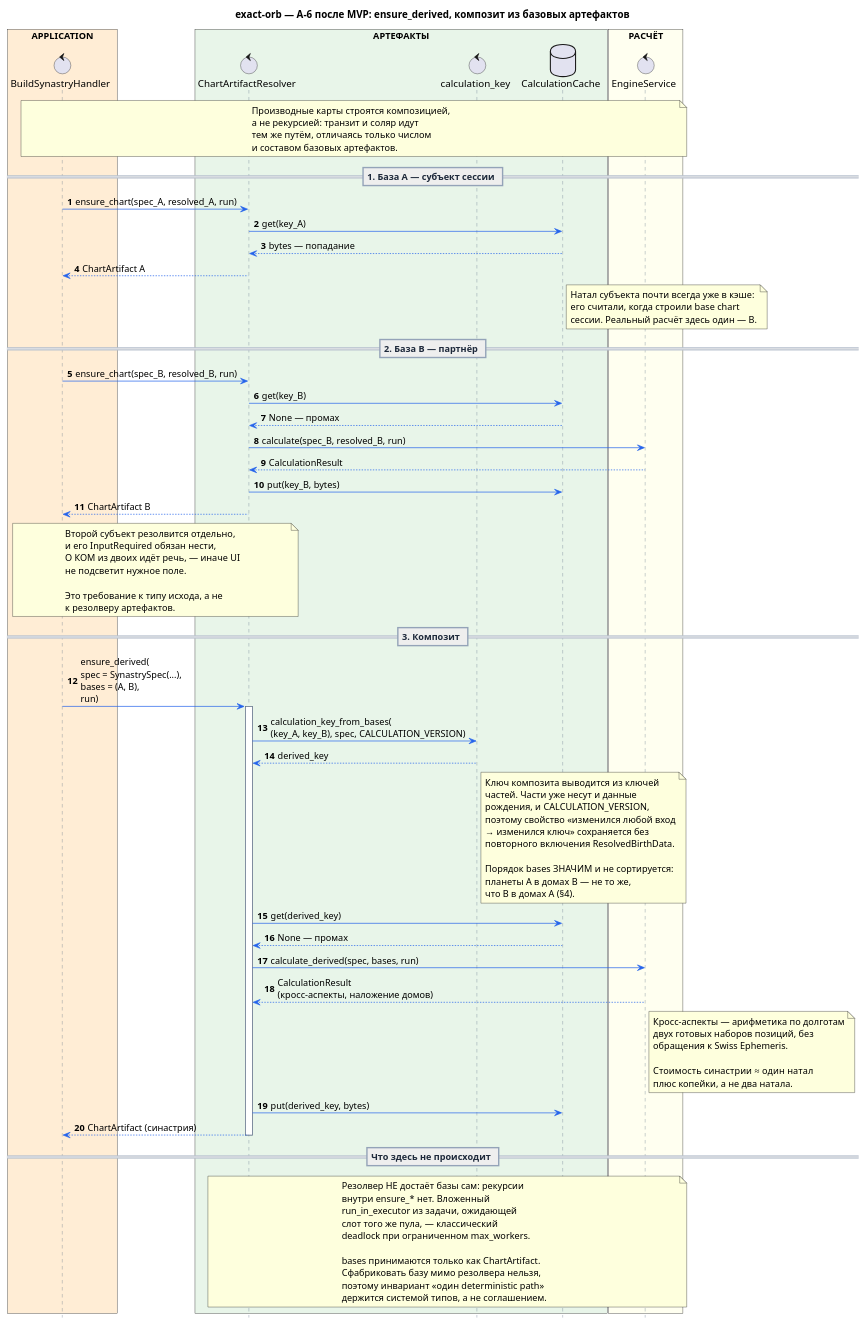
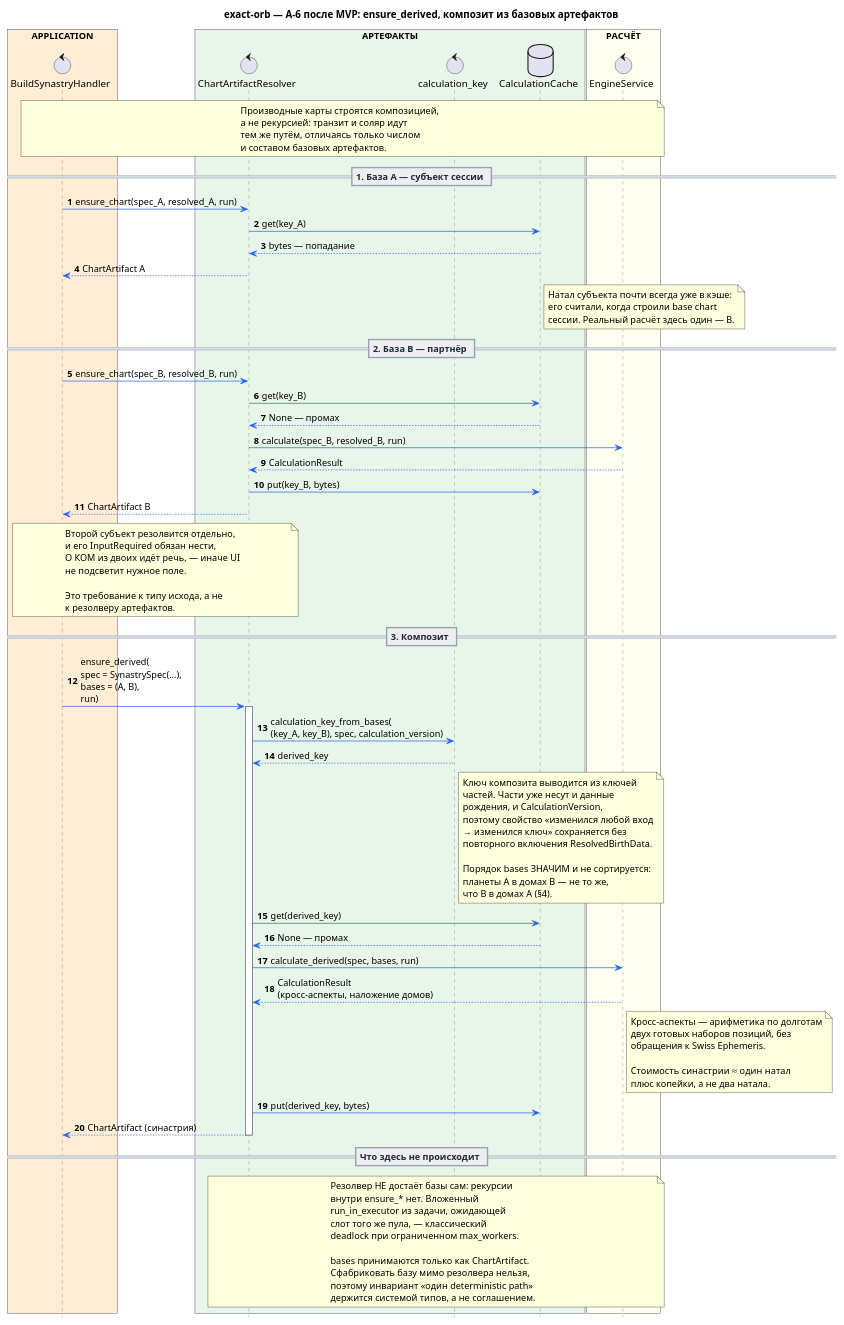
The diagram in docs/sequence_diagrams/chart_artifacts/006-ensure_derived_composition.puml (ksenia-baranova/exact-orb-demo), drawn with PlantUML before and after one commit. The commit also changed 16 other files, not shown here.

First line of the commit message:
docs: synchronize calculation version contract

```diff
--- a/docs/sequence_diagrams/chart_artifacts/006-ensure_derived_composition.puml
+++ b/docs/sequence_diagrams/chart_artifacts/006-ensure_derived_composition.puml
@@ -1,151 +1,151 @@
 @startuml
 title exact-orb — A-6 после MVP: ensure_derived, композит из базовых артефактов
 
 ' Целевой поток следующего этапа. В первом MVP ensure_derived и производные
 ' поля session state отсутствуют согласно ADR-0016.
 
 autonumber
 hide footbox
 
 skinparam shadowing false
 skinparam responseMessageBelowArrow true
 
 skinparam sequence {
     ArrowColor #2563EB
     LifeLineBorderColor #64748B
     LifeLineBackgroundColor #FFFFFF
 
     ParticipantBorderColor #64748B
     ParticipantFontColor #0F172A
     ParticipantBackgroundColor #F8FAFC
 
     ActorBorderColor #64748B
     ActorFontColor #0F172A
     ActorBackgroundColor #DBEAFE
 
     GroupBorderColor #94A3B8
     GroupHeaderFontColor #1E293B
 
     DividerBorderColor #94A3B8
     DividerFontColor #1E293B
 
     NoteBorderColor #94A3B8
     NoteBackgroundColor #FFFBEA
     NoteFontColor #334155
 }
 
 box "APPLICATION" #FFEDD5
     control "BuildSynastryHandler" as Handler
 end box
 
 box "АРТЕФАКТЫ" #E8F5E9
     control "ChartArtifactResolver" as Artifacts
     control "calculation_key" as Keys
     database "CalculationCache" as Cache
 end box
 
 box "РАСЧЁТ" #FFFFF0
     control "EngineService" as Engine
 end box
 
 
 note over Handler, Engine
 Производные карты строятся композицией,
 а не рекурсией: транзит и соляр идут
 тем же путём, отличаясь только числом
 и составом базовых артефактов.
 end note
 
 
 == 1. База A — субъект сессии ==
 
 Handler -> Artifacts : ensure_chart(spec_A, resolved_A, run)
 Artifacts -> Cache : get(key_A)
 Cache --> Artifacts : bytes — попадание
 Artifacts --> Handler : ChartArtifact A
 
 note right of Cache
 Натал субъекта почти всегда уже в кэше:
 его считали, когда строили base chart
 сессии. Реальный расчёт здесь один — B.
 end note
 
 
 == 2. База B — партнёр ==
 
 Handler -> Artifacts : ensure_chart(spec_B, resolved_B, run)
 Artifacts -> Cache : get(key_B)
 Cache --> Artifacts : None — промах
 Artifacts -> Engine : calculate(spec_B, resolved_B, run)
 Engine --> Artifacts : CalculationResult
 Artifacts -> Cache : put(key_B, bytes)
 Artifacts --> Handler : ChartArtifact B
 
 note over Handler, Artifacts
 Второй субъект резолвится отдельно,
 и его InputRequired обязан нести,
 О КОМ из двоих идёт речь, — иначе UI
 не подсветит нужное поле.
 
 Это требование к типу исхода, а не
 к резолверу артефактов.
 end note
 
 
 == 3. Композит ==
 
 Handler -> Artifacts : ensure_derived(\nspec = SynastrySpec(...),\nbases = (A, B),\nrun)
 activate Artifacts
 
-Artifacts -> Keys : calculation_key_from_bases(\n(key_A, key_B), spec, CALCULATION_VERSION)
+Artifacts -> Keys : calculation_key_from_bases(\n(key_A, key_B), spec, calculation_version)
 Keys --> Artifacts : derived_key
 
 note right of Keys
 Ключ композита выводится из ключей
 частей. Части уже несут и данные
-рождения, и CALCULATION_VERSION,
+рождения, и CalculationVersion,
 поэтому свойство «изменился любой вход
 → изменился ключ» сохраняется без
 повторного включения ResolvedBirthData.
 
 Порядок bases ЗНАЧИМ и не сортируется:
 планеты A в домах B — не то же,
 что B в домах A (§4).
 end note
 
 Artifacts -> Cache : get(derived_key)
 Cache --> Artifacts : None — промах
 
 Artifacts -> Engine : calculate_derived(spec, bases, run)
 Engine --> Artifacts : CalculationResult\n(кросс-аспекты, наложение домов)
 
 note right of Engine
 Кросс-аспекты — арифметика по долготам
 двух готовых наборов позиций, без
 обращения к Swiss Ephemeris.
 
 Стоимость синастрии ≈ один натал
 плюс копейки, а не два натала.
 end note
 
 Artifacts -> Cache : put(derived_key, bytes)
 Artifacts --> Handler : ChartArtifact (синастрия)
 deactivate Artifacts
 
 
 == Что здесь не происходит ==
 
 note over Artifacts, Engine
 Резолвер НЕ достаёт базы сам: рекурсии
 внутри ensure_* нет. Вложенный
 run_in_executor из задачи, ожидающей
 слот того же пула, — классический
 deadlock при ограниченном max_workers.
 
 bases принимаются только как ChartArtifact.
 Сфабриковать базу мимо резолвера нельзя,
 поэтому инвариант «один deterministic path»
 держится системой типов, а не соглашением.
 end note
 
 @enduml
```
